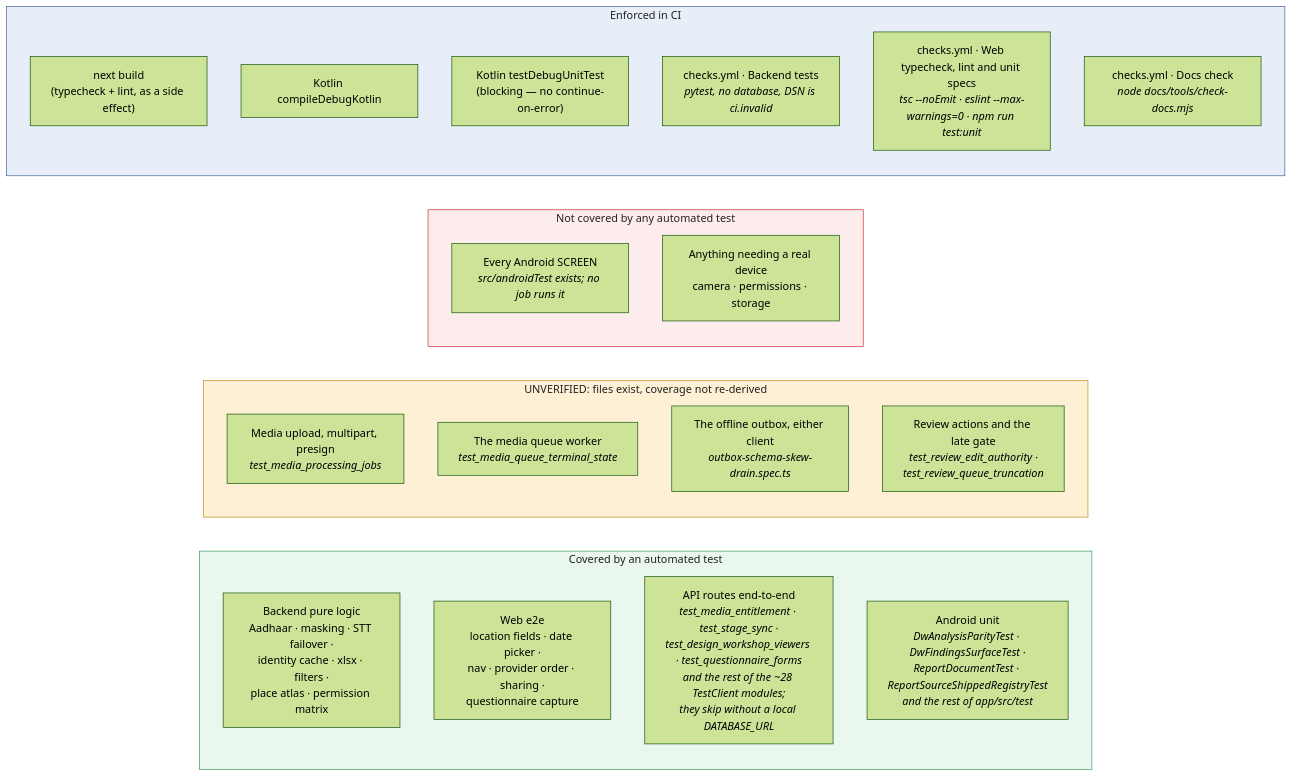
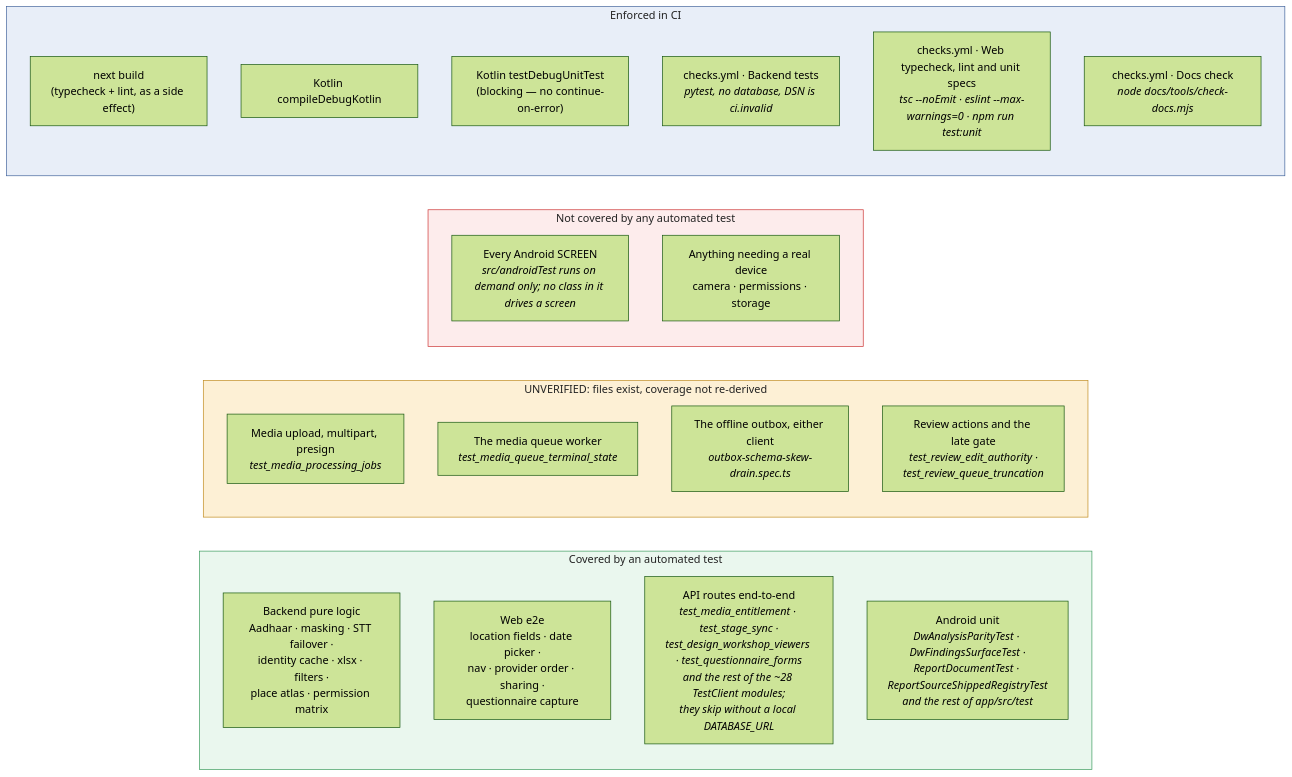
Before and after one commit to cxacraftecosystem-ui/designer-portal: the diagram in docs/QA_AUDIT.md, drawn with Mermaid (forest theme). The commit also changed other lines of this file and 24 other files, not shown here.

````diff
--- a/docs/QA_AUDIT.md
+++ b/docs/QA_AUDIT.md
@@ -16,32 +16,32 @@
 ```mermaid
 flowchart LR
   subgraph tested["Covered by an automated test"]
     B1["Backend pure logic<br/>Aadhaar · masking · STT failover ·<br/>identity cache · xlsx · filters ·<br/>place atlas · permission matrix"]
     E1["Web e2e<br/>location fields · date picker ·<br/>nav · provider order · sharing ·<br/>questionnaire capture"]
     R1["API routes end-to-end<br/><i>test_media_entitlement · test_stage_sync ·<br/>test_design_workshop_viewers · test_questionnaire_forms<br/>and the rest of the ~28 TestClient modules;<br/>they skip without a local DATABASE_URL</i>"]
     K1["Android unit<br/><i>DwAnalysisParityTest · DwFindingsSurfaceTest ·<br/>ReportDocumentTest · ReportSourceShippedRegistryTest<br/>and the rest of app/src/test</i>"]
   end
   subgraph unverified["UNVERIFIED: files exist, coverage not re-derived"]
     V1["Media upload, multipart, presign<br/><i>test_media_processing_jobs</i>"]
     V3["The media queue worker<br/><i>test_media_queue_terminal_state</i>"]
     V2["The offline outbox, either client<br/><i>outbox-schema-skew-drain.spec.ts</i>"]
     V4["Review actions and the late gate<br/><i>test_review_edit_authority ·<br/>test_review_queue_truncation</i>"]
   end
   subgraph untested["Not covered by any automated test"]
-    U2["Every Android SCREEN<br/><i>src/androidTest exists; no job runs it</i>"]
+    U2["Every Android SCREEN<br/><i>src/androidTest runs on demand only; no class in it drives a screen</i>"]
     U7["Anything needing a real device<br/>camera · permissions · storage"]
   end
   subgraph gated["Enforced in CI"]
     G1["next build<br/>(typecheck + lint, as a side effect)"]
     G2["Kotlin compileDebugKotlin"]
     G3["Kotlin testDebugUnitTest<br/>(blocking — no continue-on-error)"]
     G4["checks.yml · Backend tests<br/><i>pytest, no database, DSN is ci.invalid</i>"]
     G5["checks.yml · Web typecheck, lint and unit specs<br/><i>tsc --noEmit · eslint --max-warnings=0 · npm run test:unit</i>"]
     G6["checks.yml · Docs check<br/><i>node docs/tools/check-docs.mjs</i>"]
   end
 
   style untested fill:#fdecec,stroke:#c33,color:#222
   style tested fill:#eaf7ee,stroke:#3a9a5c,color:#222
   style unverified fill:#fdf0d5,stroke:#c08a1e,color:#222
   style gated fill:#e8eef8,stroke:#41639c,color:#222
 ```
````
